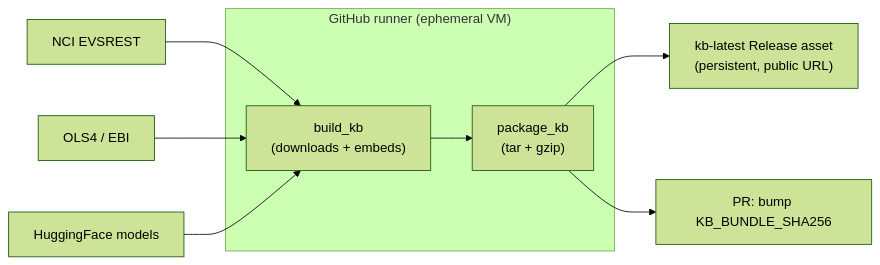
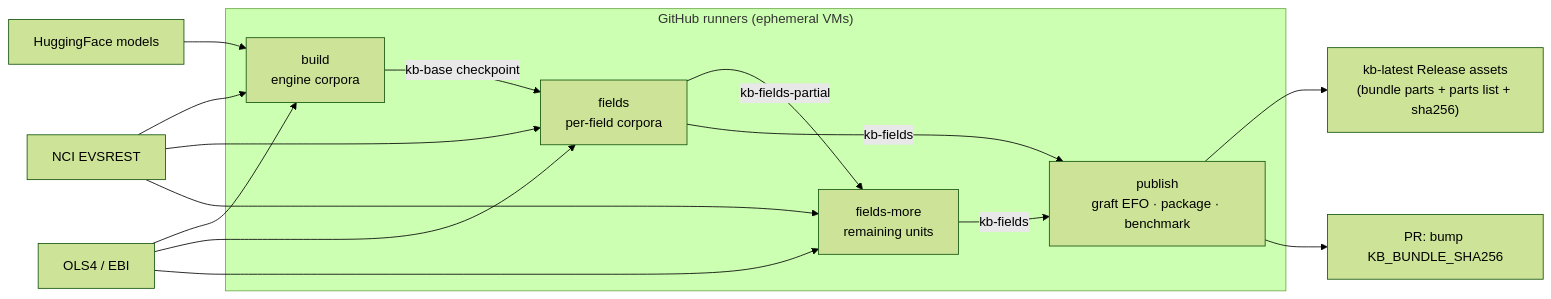
Before and after one commit to sehyunohlab/MetaHarmonizerApp: the diagram in docs/kb-lifecycle.md, drawn with Mermaid (forest theme). The commit also changed other lines of this file and 34 other files, not shown here.

First line of the commit message:
Map dictionary fields against the lab's per-field ontology corpora (#94)

````diff
--- a/docs/kb-lifecycle.md
+++ b/docs/kb-lifecycle.md
@@ -20,11 +39,14 @@
 ```mermaid
 flowchart LR
-  subgraph R["GitHub runner (ephemeral VM)"]
-    B["build_kb\n(downloads + embeds)"] --> P["package_kb\n(tar + gzip)"]
+  subgraph R["GitHub runners (ephemeral VMs)"]
+    B["build\nengine corpora"] -->|kb-base checkpoint| F["fields\nper-field corpora"]
+    F -->|kb-fields-partial| M["fields-more\nremaining units"]
+    F -->|kb-fields| P["publish\ngraft EFO · package · benchmark"]
+    M -->|kb-fields| P
   end
-  NCI["NCI EVSREST"] --> B
-  OLS["OLS4 / EBI"] --> B
+  NCI["NCI EVSREST"] --> B & F & M
+  OLS["OLS4 / EBI"] --> B & F & M
   HF["HuggingFace models"] --> B
-  P --> REL["kb-latest Release asset\n(persistent, public URL)"]
+  P --> REL["kb-latest Release assets\n(bundle parts + parts list + sha256)"]
   P --> PR["PR: bump KB_BUNDLE_SHA256"]
 ```
````
